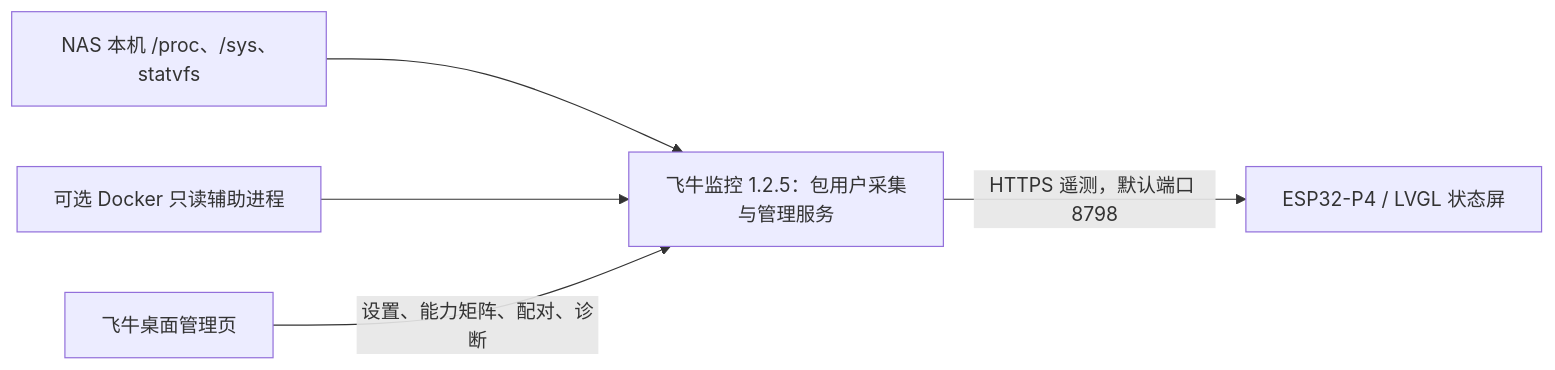
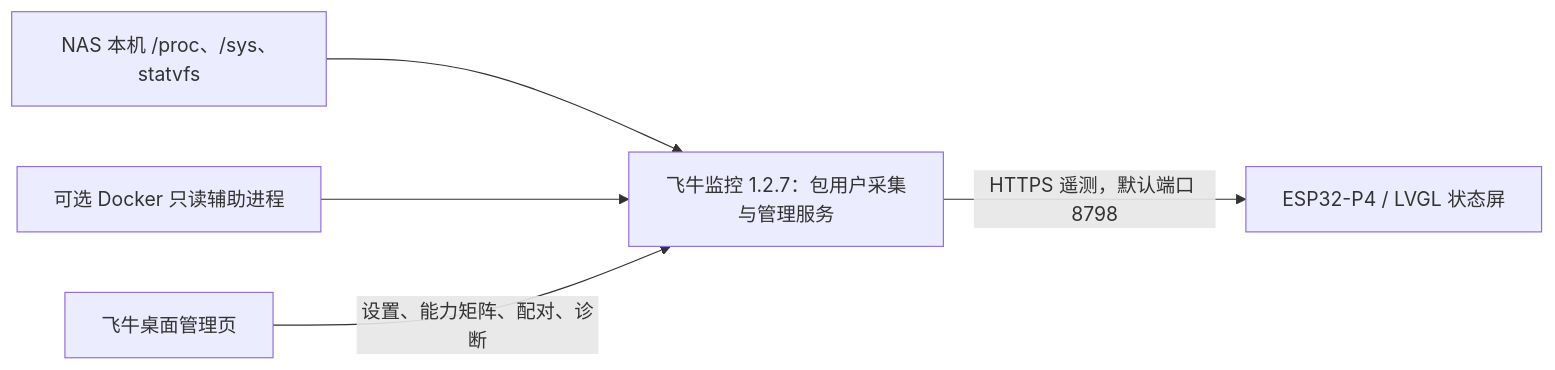
The diagram in README.md (ashllll/p4-7b-fnos-monitor), drawn with Mermaid before and after one commit. The commit also changed other lines of this file and 42 other files, not shown here.

````diff
--- a/README.md
+++ b/README.md
@@ -44,7 +44,7 @@
 ```mermaid
 flowchart LR
-    A["NAS 本机 /proc、/sys、statvfs"] --> B["飞牛监控 1.2.5：包用户采集与管理服务"]
+    A["NAS 本机 /proc、/sys、statvfs"] --> B["飞牛监控 1.2.7：包用户采集与管理服务"]
     D["可选 Docker 只读辅助进程"] --> B
     B -->|HTTPS 遥测，默认端口 8798| C["ESP32-P4 / LVGL 状态屏"]
     E["飞牛桌面管理页"] -->|设置、能力矩阵、配对、诊断| B
 ```
````
